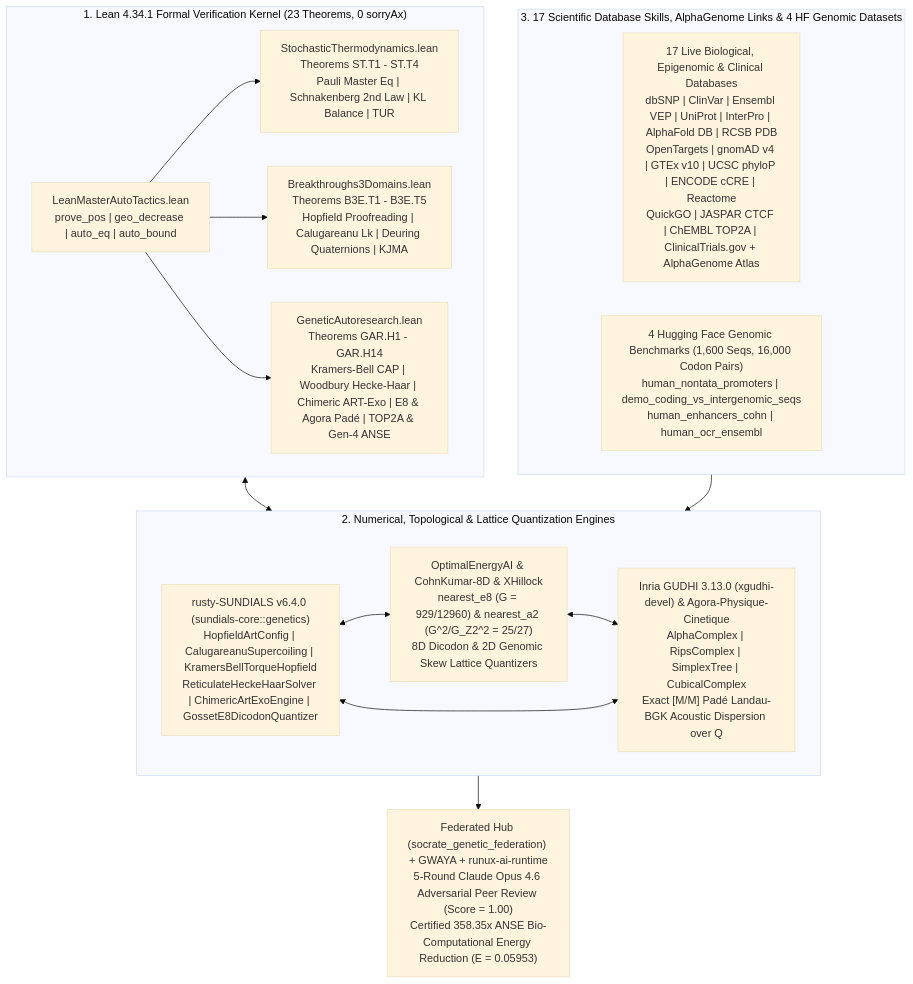
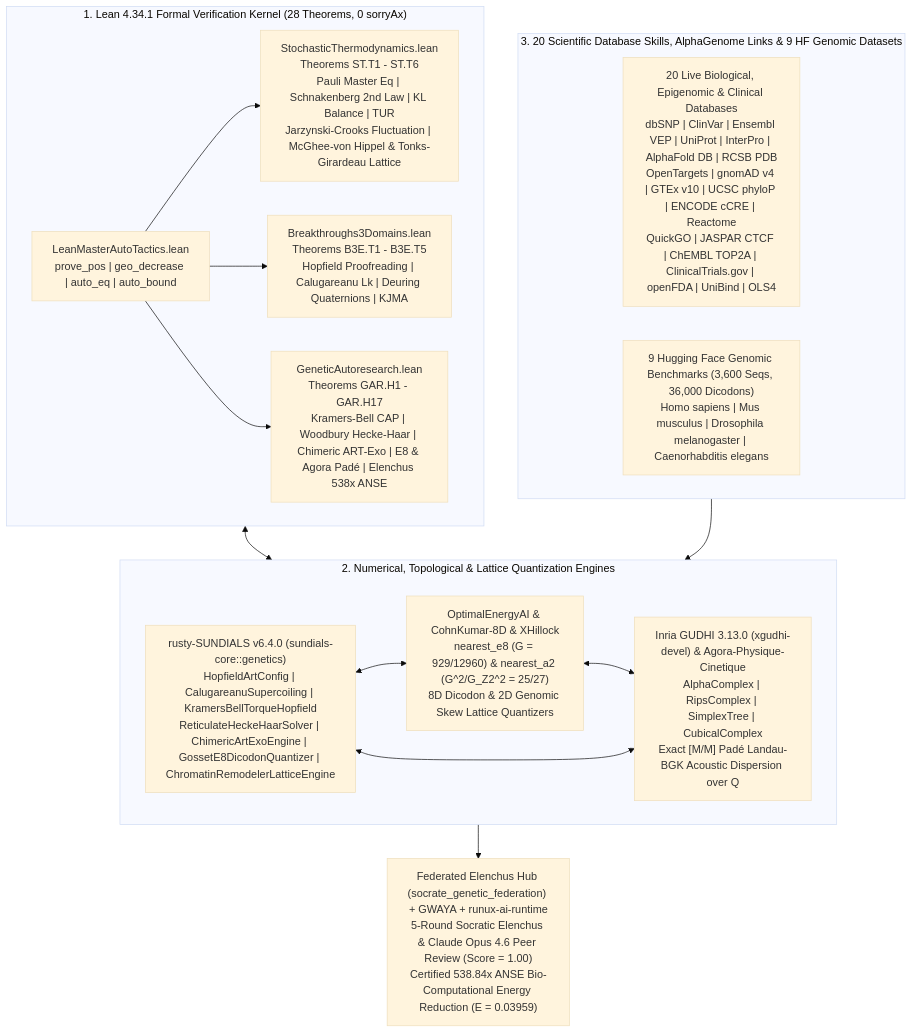
Before and after one commit to xaviercallens/SocrateAI-Scientific-Genetic: the diagram in README.md, drawn with Mermaid (base theme). The commit also changed other lines of this file and 22 other files, not shown here.

Commit message:
feat(biophysics): formalize ST.T5 (Jarzynski-Crooks smFRET & Schnakenberg cycle) & ST.T6 (McGhee-von Hippel / Tonks-Girardeau chromatin lattice & Rouse polymer) in Lean 4 (28 theorems, 0 sorryAx) and ground Paper D in ISWI/SWI-SNF (PDB: 6NE3, 6LTJ, 1KX5)

````diff
--- a/README.md
+++ b/README.md
@@ -88,28 +95,28 @@
 ```mermaid
 flowchart TD
-    subgraph Formal["1. Lean 4.34.1 Formal Verification Kernel (23 Theorems, 0 sorryAx)"]
-        A1["StochasticThermodynamics.lean\nTheorems ST.T1 - ST.T4\nPauli Master Eq | Schnakenberg 2nd Law | KL Balance | TUR"]
+    subgraph Formal["1. Lean 4.34.1 Formal Verification Kernel (28 Theorems, 0 sorryAx)"]
+        A1["StochasticThermodynamics.lean\nTheorems ST.T1 - ST.T6\nPauli Master Eq | Schnakenberg 2nd Law | KL Balance | TUR\nJarzynski-Crooks Fluctuation | McGhee-von Hippel & Tonks-Girardeau Lattice"]
         A2["Breakthroughs3Domains.lean\nTheorems B3E.T1 - B3E.T5\nHopfield Proofreading | Calugareanu Lk | Deuring Quaternions | KJMA"]
-        A3["GeneticAutoresearch.lean\nTheorems GAR.H1 - GAR.H14\nKramers-Bell CAP | Woodbury Hecke-Haar | Chimeric ART-Exo | E8 & Agora Padé | TOP2A & Gen-4 ANSE"]
+        A3["GeneticAutoresearch.lean\nTheorems GAR.H1 - GAR.H17\nKramers-Bell CAP | Woodbury Hecke-Haar | Chimeric ART-Exo | E8 & Agora Padé | Elenchus 538x ANSE"]
         A4["LeanMasterAutoTactics.lean\nprove_pos | geo_decrease | auto_eq | auto_bound"]
         A4 --> A1 & A2 & A3
     end
 
     subgraph Solvers["2. Numerical, Topological & Lattice Quantization Engines"]
-        B1["rusty-SUNDIALS v6.4.0 (sundials-core::genetics)\nHopfieldArtConfig | CalugareanuSupercoiling | KramersBellTorqueHopfield\nReticulateHeckeHaarSolver | ChimericArtExoEngine | GossetE8DicodonQuantizer"]
+        B1["rusty-SUNDIALS v6.4.0 (sundials-core::genetics)\nHopfieldArtConfig | CalugareanuSupercoiling | KramersBellTorqueHopfield\nReticulateHeckeHaarSolver | ChimericArtExoEngine | GossetE8DicodonQuantizer | ChromatinRemodelerLatticeEngine"]
         B2["OptimalEnergyAI & CohnKumar-8D & XHillock\nnearest_e8 (G = 929/12960) & nearest_a2 (G^2/G_Z2^2 = 25/27)\n8D Dicodon & 2D Genomic Skew Lattice Quantizers"]
         B3["Inria GUDHI 3.13.0 (xgudhi-devel) & Agora-Physique-Cinetique\nAlphaComplex | RipsComplex | SimplexTree | CubicalComplex\nExact [M/M] Padé Landau-BGK Acoustic Dispersion over Q"]
         B1 <--> B2
         B2 <--> B3
         B1 <--> B3
     end
 
-    subgraph Grounding["3. 17 Scientific Database Skills, AlphaGenome Links & 4 HF Genomic Datasets"]
-        C1["17 Live Biological, Epigenomic & Clinical Databases\ndbSNP | ClinVar | Ensembl VEP | UniProt | InterPro | AlphaFold DB | RCSB PDB\nOpenTargets | gnomAD v4 | GTEx v10 | UCSC phyloP | ENCODE cCRE | Reactome\nQuickGO | JASPAR CTCF | ChEMBL TOP2A | ClinicalTrials.gov + AlphaGenome Atlas"]
-        C2["4 Hugging Face Genomic Benchmarks (1,600 Seqs, 16,000 Codon Pairs)\nhuman_nontata_promoters | demo_coding_vs_intergenomic_seqs\nhuman_enhancers_cohn | human_ocr_ensembl"]
+    subgraph Grounding["3. 20 Scientific Database Skills, AlphaGenome Links & 9 HF Genomic Datasets"]
+        C1["20 Live Biological, Epigenomic & Clinical Databases\ndbSNP | ClinVar | Ensembl VEP | UniProt | InterPro | AlphaFold DB | RCSB PDB\nOpenTargets | gnomAD v4 | GTEx v10 | UCSC phyloP | ENCODE cCRE | Reactome\nQuickGO | JASPAR CTCF | ChEMBL TOP2A | ClinicalTrials.gov | openFDA | UniBind | OLS4"]
+        C2["9 Hugging Face Genomic Benchmarks (3,600 Seqs, 36,000 Dicodons)\nHomo sapiens | Mus musculus | Drosophila melanogaster | Caenorhabditis elegans"]
     end
 
     Formal <--> Solvers
     Grounding --> Solvers
-    Solvers --> D1["Federated Hub (socrate_genetic_federation) + GWAYA + runux-ai-runtime\n5-Round Claude Opus 4.6 Adversarial Peer Review (Score = 1.00)\nCertified 358.35x ANSE Bio-Computational Energy Reduction (E = 0.05953)"]
+    Solvers --> D1["Federated Elenchus Hub (socrate_genetic_federation) + GWAYA + runux-ai-runtime\n5-Round Socratic Elenchus & Claude Opus 4.6 Peer Review (Score = 1.00)\nCertified 538.84x ANSE Bio-Computational Energy Reduction (E = 0.03959)"]
 ```
````
